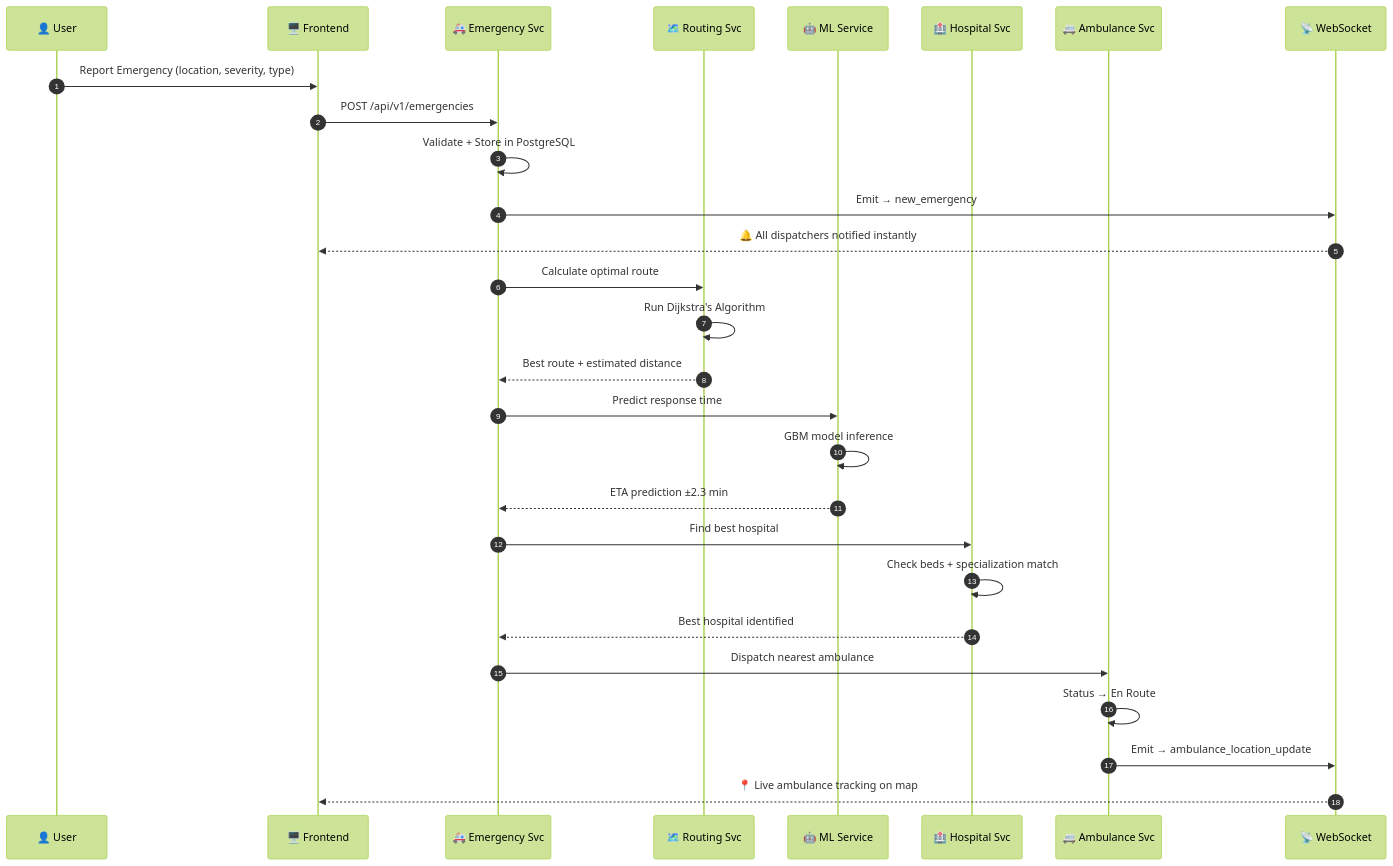
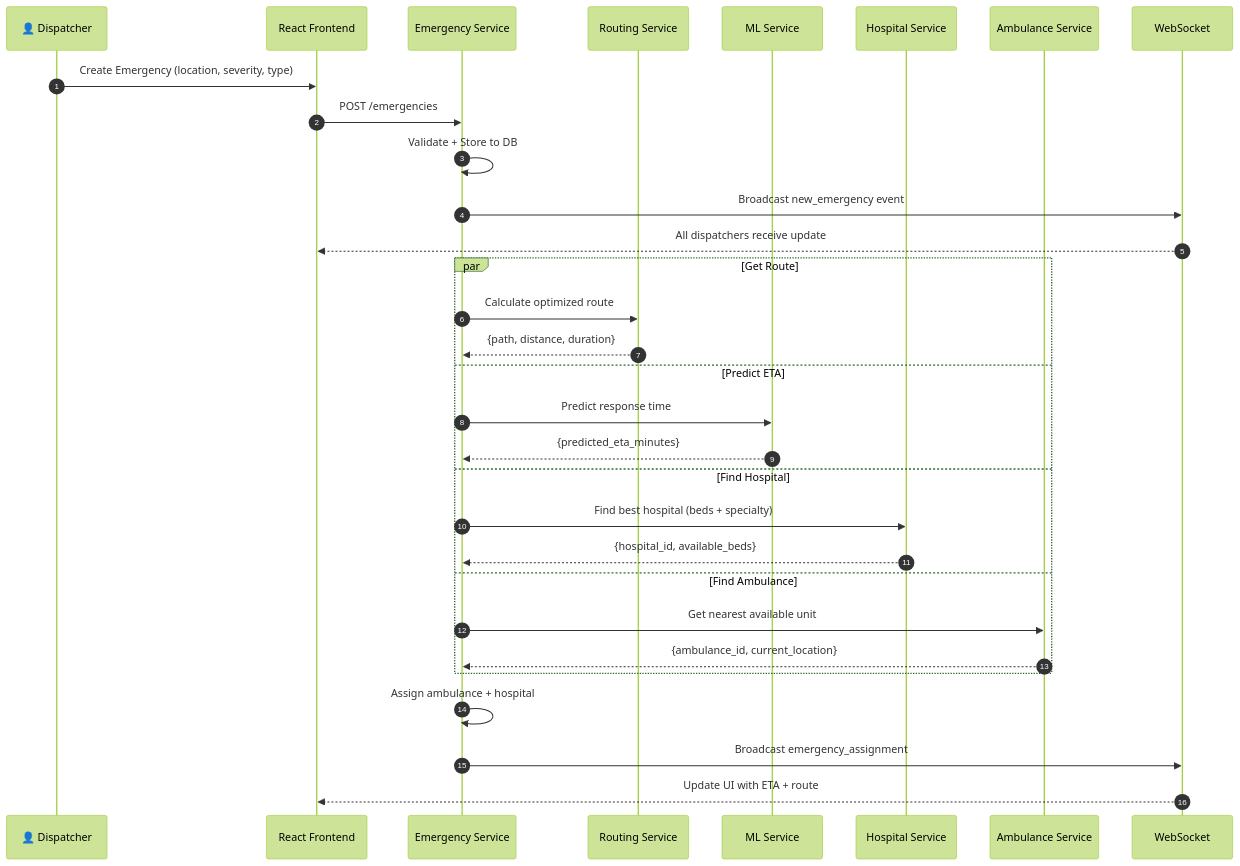
The second of 5 diagrams in README.md (Aayush9808/MediRouteX), drawn with Mermaid (forest theme) before and after one commit. The commit also changed other lines of this file, not shown here.

Commit message:
🎨 Enhanced both READMEs - fixed image rendering, added 25+ Mermaid diagrams, animations, visual improvements

````diff
--- a/README.md
+++ b/README.md
@@ -131,35 +127,36 @@
 ```mermaid
 sequenceDiagram
     autonumber
-    participant U as 👤 User
-    participant FE as 🖥️ Frontend
-    participant ES as 🚑 Emergency Svc
-    participant RS as 🗺️ Routing Svc
-    participant ML as 🤖 ML Service
-    participant HS as 🏥 Hospital Svc
-    participant AS as 🚐 Ambulance Svc
-    participant WS as 📡 WebSocket
+    participant U as 👤 Dispatcher
+    participant F as React Frontend
+    participant E as Emergency Service
+    participant R as Routing Service
+    participant M as ML Service
+    participant H as Hospital Service
+    participant A as Ambulance Service
+    participant W as WebSocket
 
-    U->>FE: Report Emergency (location, severity, type)
-    FE->>ES: POST /api/v1/emergencies
-    ES->>ES: Validate + Store in PostgreSQL
-    ES->>WS: Emit → new_emergency
-    WS-->>FE: 🔔 All dispatchers notified instantly
-
-    ES->>RS: Calculate optimal route
-    RS->>RS: Run Dijkstra's Algorithm
-    RS-->>ES: Best route + estimated distance
-
-    ES->>ML: Predict response time
-    ML->>ML: GBM model inference
-    ML-->>ES: ETA prediction ±2.3 min
-
-    ES->>HS: Find best hospital
-    HS->>HS: Check beds + specialization match
-    HS-->>ES: Best hospital identified
-
-    ES->>AS: Dispatch nearest ambulance
-    AS->>AS: Status → En Route
-    AS->>WS: Emit → ambulance_location_update
-    WS-->>FE: 📍 Live ambulance tracking on map
+    U->>F: Create Emergency (location, severity, type)
+    F->>E: POST /emergencies
+    E->>E: Validate + Store to DB
+    E->>W: Broadcast new_emergency event
+    W-->>F: All dispatchers receive update
+    
+    par Get Route
+        E->>R: Calculate optimized route
+        R-->>E: {path, distance, duration}
+    and Predict ETA
+        E->>M: Predict response time
+        M-->>E: {predicted_eta_minutes}
+    and Find Hospital
+        E->>H: Find best hospital (beds + specialty)
+        H-->>E: {hospital_id, available_beds}
+    and Find Ambulance
+        E->>A: Get nearest available unit
+        A-->>E: {ambulance_id, current_location}
+    end
+    
+    E->>E: Assign ambulance + hospital
+    E->>W: Broadcast emergency_assignment
+    W-->>F: Update UI with ETA + route
 ```
````
